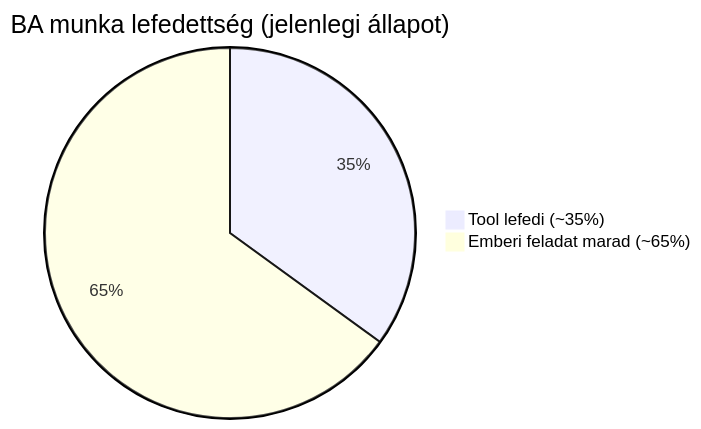
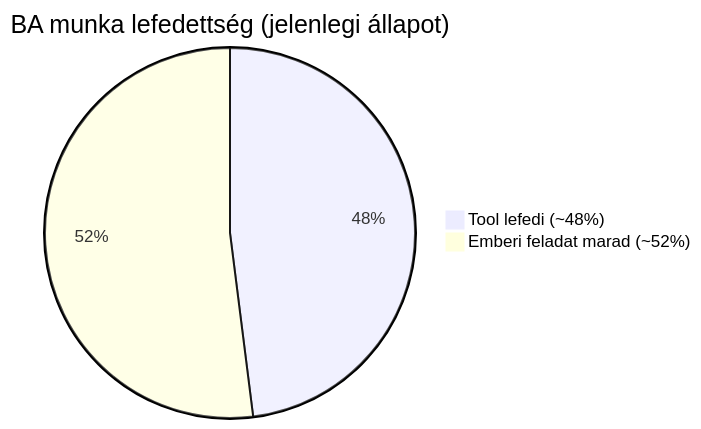
Before and after one commit to exphoenee/ba-team-docs: the first of 6 diagrams in page/improvements.md, drawn with Mermaid. The commit also changed other lines of this file, not shown here.

````diff
--- a/page/improvements.md
+++ b/page/improvements.md
@@ -24,5 +42,5 @@
 ```mermaid
 pie title BA munka lefedettség (jelenlegi állapot)
-    "Tool lefedi (~35%)" : 35
-    "Emberi feladat marad (~65%)" : 65
+    "Tool lefedi (~48%)" : 48
+    "Emberi feladat marad (~52%)" : 52
 ```
````
